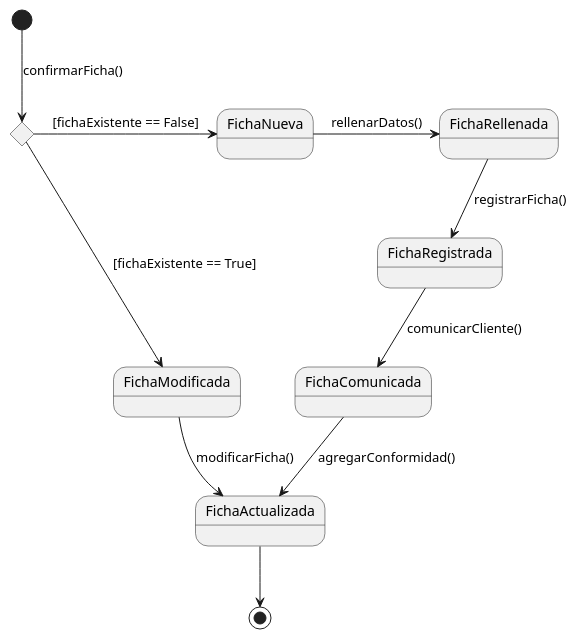
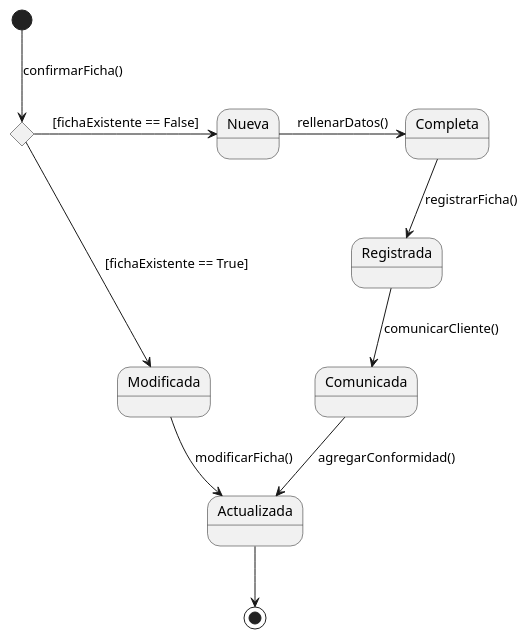
One commit to MatiasCermak/tp-integrador-doo changed the diagram in UML/Diagrama_Estado_Ficha.puml. Above: the diagram before and after it, drawn with PlantUML. The commit also changed 5 other files, not shown here.

```diff
--- a/UML/Diagrama_Estado_Ficha.puml
+++ b/UML/Diagrama_Estado_Ficha.puml
@@ -1,15 +1,15 @@
 @startuml Ficha
 
-state fichaExistente <<choice>>
-[*] --> fichaExistente : confirmarFicha()
-fichaExistente  ---> FichaModificada : [fichaExistente == True]
+state Existente <<choice>>
+[*] --> Existente : confirmarFicha()
+Existente  ---> Modificada : [fichaExistente == True]
 
-fichaExistente -right-> FichaNueva : [fichaExistente == False]
-FichaNueva -right-> FichaRellenada : rellenarDatos()
-FichaRellenada --> FichaRegistrada : registrarFicha()
-FichaRegistrada -->FichaComunicada : comunicarCliente()
-FichaComunicada --> FichaActualizada : agregarConformidad()
-FichaModificada --> FichaActualizada : modificarFicha()
-FichaActualizada --> [*]
+Existente -right-> Nueva : [fichaExistente == False]
+Nueva -right-> Completa : rellenarDatos()
+Completa --> Registrada : registrarFicha()
+Registrada -->Comunicada : comunicarCliente()
+Comunicada --> Actualizada : agregarConformidad()
+Modificada --> Actualizada : modificarFicha()
+Actualizada --> [*]
 
 @enduml
```
